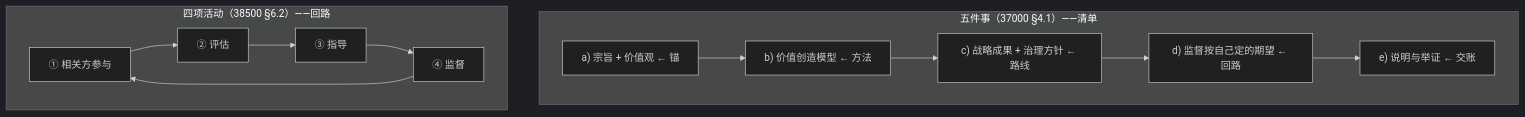
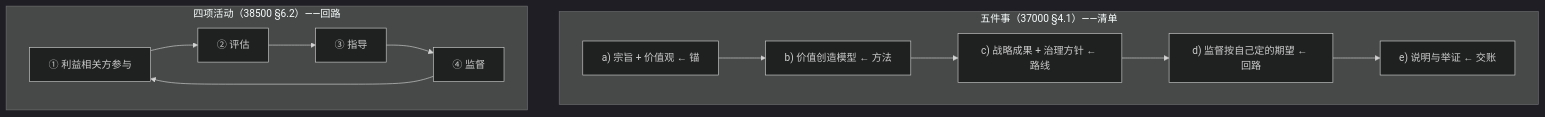
Before and after one commit to Yongjunzhou/AOS-system-design: the fourth of 7 diagrams in 100-subprojects/01-系统工程研究/00-系统工程相关研究报告/28-治理概念研究报告-从ISO 37000定义到域治理实例.md, drawn with Mermaid (dark theme). The commit also changed other lines of this file and 38 other files, not shown here.

````diff
--- a/100-subprojects/01-系统工程研究/00-系统工程相关研究报告/28-治理概念研究报告-从ISO 37000定义到域治理实例.md
+++ b/100-subprojects/01-系统工程研究/00-系统工程相关研究报告/28-治理概念研究报告-从ISO 37000定义到域治理实例.md
@@ -507,15 +514,15 @@
 ```mermaid
 graph TD
   subgraph 五件事["五件事（37000 §4.1）——清单"]
     A["a) 宗旨 + 价值观 ← 锚"] --> B["b) 价值创造模型 ← 方法"]
     B --> C["c) 战略成果 + 治理方针 ← 路线"]
     C --> D["d) 监督按自己定的期望 ← 回路"]
     D --> E["e) 说明与举证 ← 交账"]
   end
   subgraph 四活动["四项活动（38500 §6.2）——回路"]
-    F["① 相关方参与"] --> G["② 评估"]
+    F["① 利益相关方参与"] --> G["② 评估"]
     G --> H["③ 指导"]
     H --> I["④ 监督"]
     I --> F
   end
 ```
````
